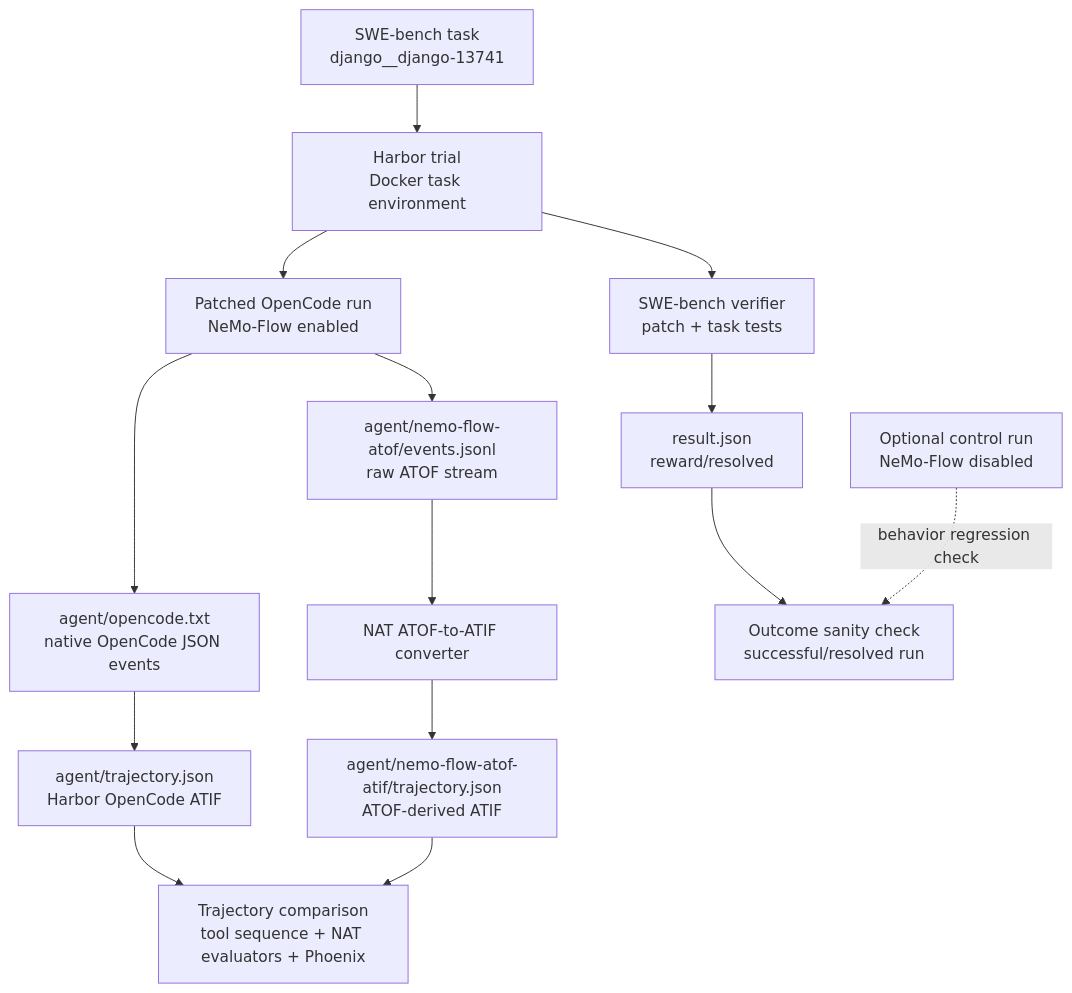
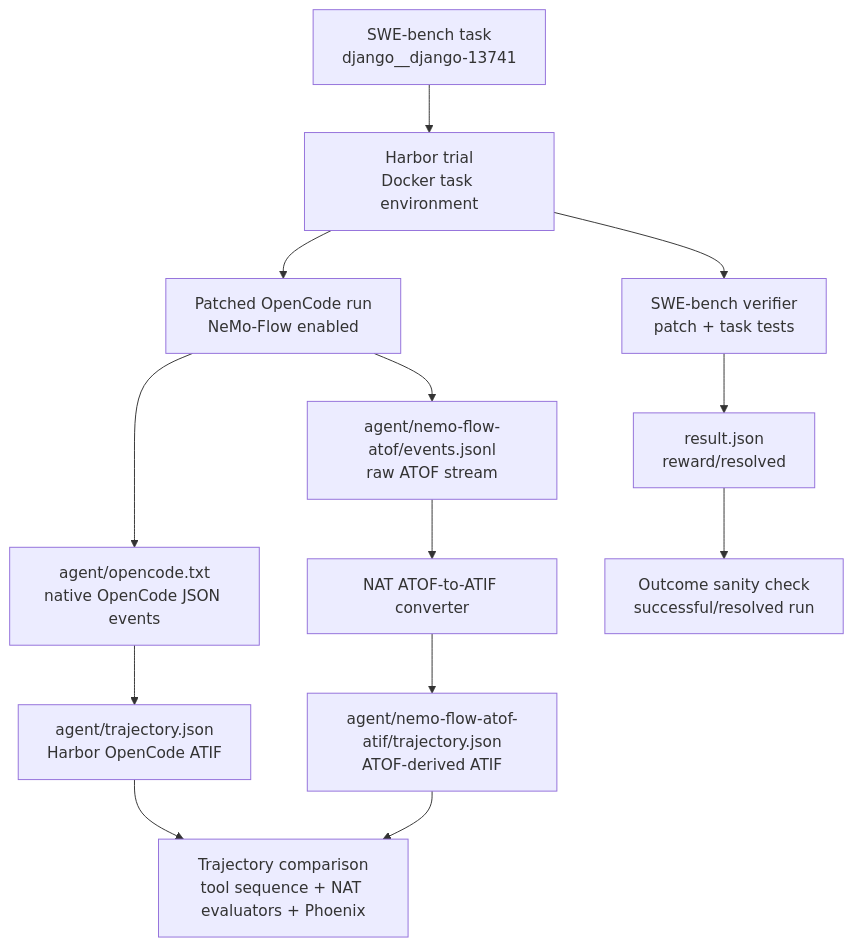
One commit to NVIDIA/NeMo-Agent-Toolkit changed the diagram in packages/nvidia_nat_harbor/opencode-nemoflow-smoke.md. Above: the diagram before and after it, drawn with Mermaid.

Commit message:
docs: simplify opencode smoke pipeline

````diff
--- a/packages/nvidia_nat_harbor/opencode-nemoflow-smoke.md
+++ b/packages/nvidia_nat_harbor/opencode-nemoflow-smoke.md
@@ -29,21 +29,20 @@
 ```mermaid
 flowchart TD
   task[SWE-bench task<br/>django__django-13741] --> harbor[Harbor trial<br/>Docker task environment]
 
   harbor --> run[Patched OpenCode run<br/>NeMo-Flow enabled]
   run --> nativeLog[agent/opencode.txt<br/>native OpenCode JSON events]
   nativeLog --> nativeAtif[agent/trajectory.json<br/>Harbor OpenCode ATIF]
 
   run --> atof[agent/nemo-flow-atof/events.jsonl<br/>raw ATOF stream]
   atof --> converter[NAT ATOF-to-ATIF converter]
   converter --> nfAtif[agent/nemo-flow-atof-atif/trajectory.json<br/>ATOF-derived ATIF]
 
   harbor --> swe[SWE-bench verifier<br/>patch + task tests]
   swe --> result[result.json<br/>reward/resolved]
 
   nativeAtif --> compare[Trajectory comparison<br/>tool sequence + NAT evaluators + Phoenix]
   nfAtif --> compare
   result --> outcome[Outcome sanity check<br/>successful/resolved run]
 
-  control[Optional control run<br/>NeMo-Flow disabled] -. behavior regression check .-> outcome
 ```
````
